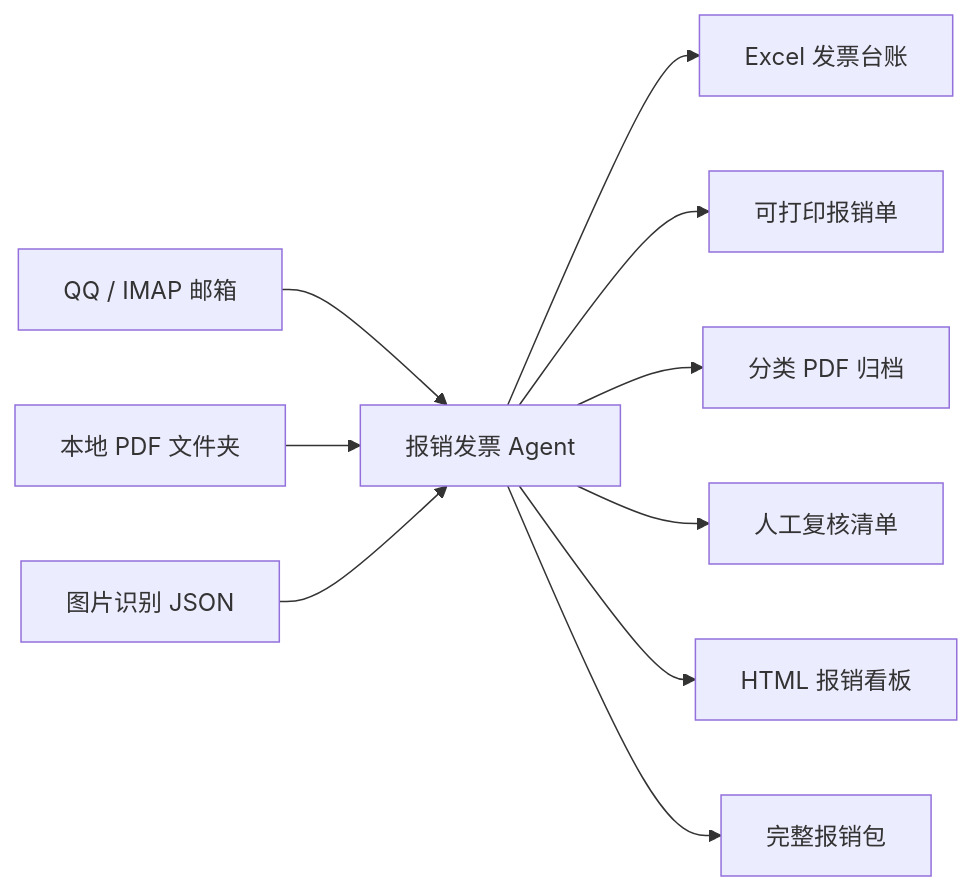
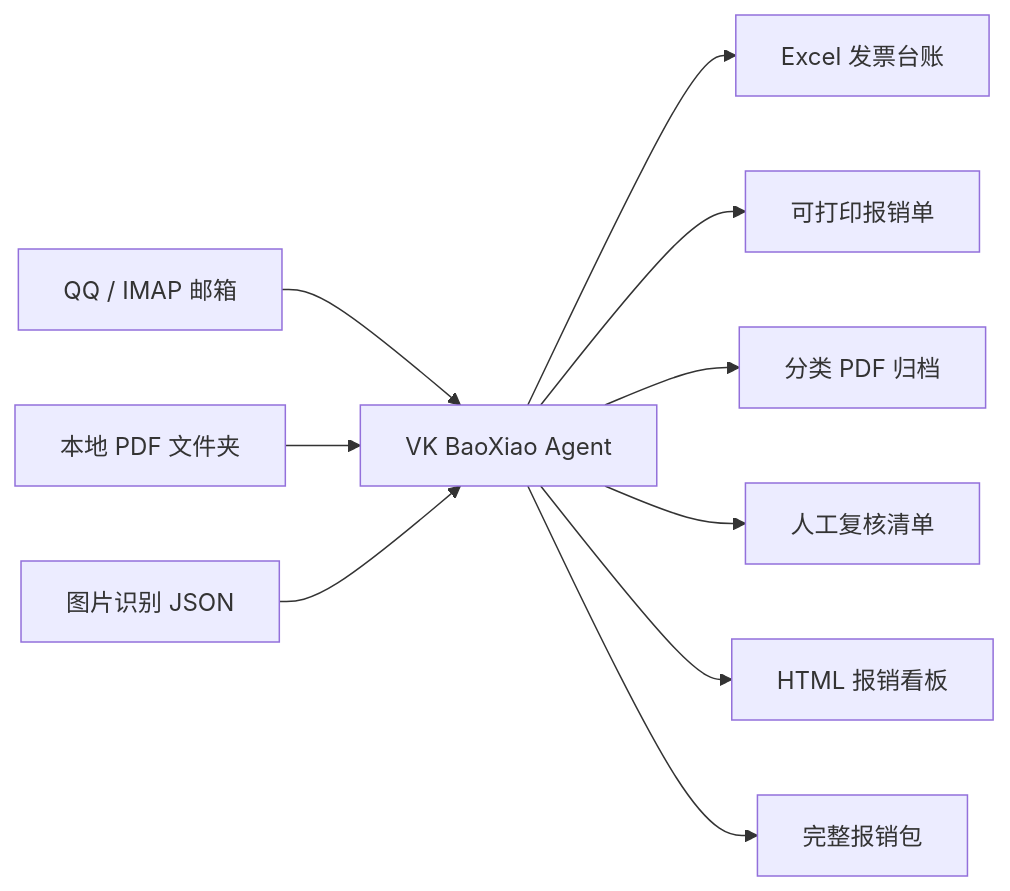
Before and after one commit to vickyzhangtimes/vk-baoxiao-agent: the first of 3 diagrams in README.md, drawn with Mermaid. The commit also changed other lines of this file and 10 other files, not shown here.

Commit message:
brand: rename project to VK BaoXiao Agent

````diff
--- a/README.md
+++ b/README.md
@@ -71,13 +75,13 @@
 ```mermaid
 flowchart LR
-    A["QQ / IMAP 邮箱"] --> D["报销发票 Agent"]
+    A["QQ / IMAP 邮箱"] --> D["VK BaoXiao Agent"]
     B["本地 PDF 文件夹"] --> D
     C["图片识别 JSON"] --> D
 
     D --> E["Excel 发票台账"]
     D --> F["可打印报销单"]
     D --> G["分类 PDF 归档"]
     D --> H["人工复核清单"]
     D --> I["HTML 报销看板"]
     D --> J["完整报销包"]
 ```
````
